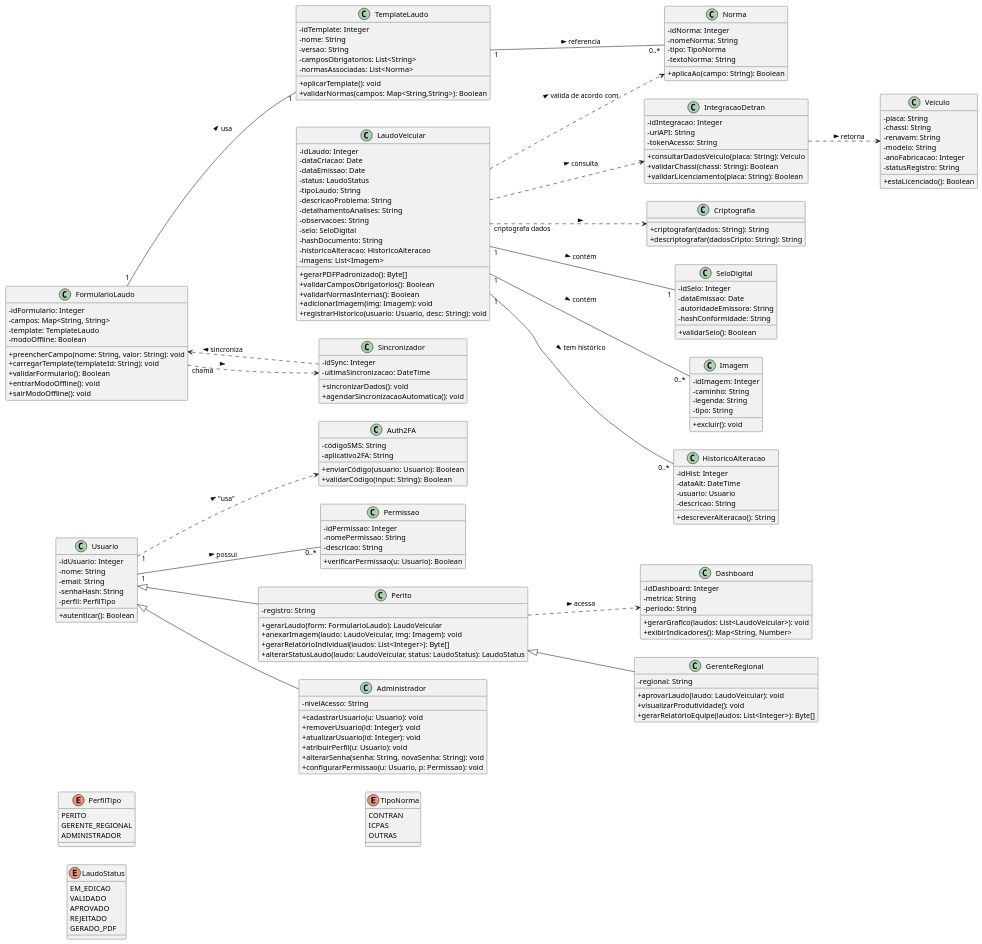
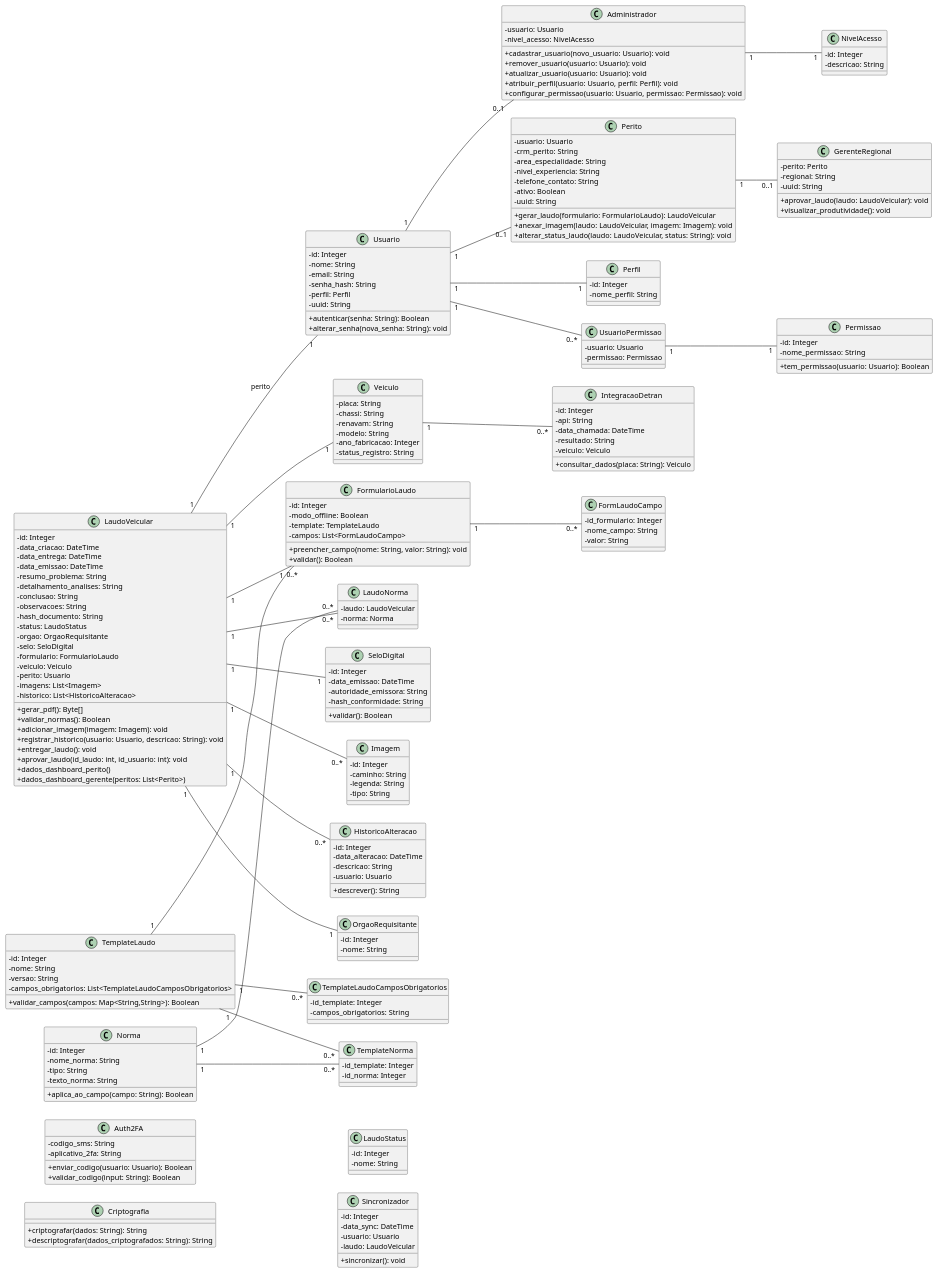
One commit to trem-balinha-da-vu/AutoLaudo changed the diagram in modelagens/diagrama-classe/AutoLaudo.puml. Above: the diagram before and after it, drawn with PlantUML. The commit also changed 98 other files, not shown here.

```diff
--- a/modelagens/diagrama-classe/AutoLaudo.puml
+++ b/modelagens/diagrama-classe/AutoLaudo.puml
@@ -1,254 +1,252 @@
-@startuml AutoLaudo
+@startuml AutoLaudoClasses
 skinparam classAttributeIconSize 0
 left to right direction
-
-' Definindo perfis e status como enums
-enum PerfilTipo {
-  PERITO
-  GERENTE_REGIONAL
-  ADMINISTRADOR
-}
-
-
-enum LaudoStatus {
-  EM_EDICAO
-  VALIDADO
-  APROVADO
-  REJEITADO
-  GERADO_PDF
-}
-
-enum TipoNorma {
-  CONTRAN
-  ICPAS
-  OUTRAS
-}
 
 '-------------------------------------------------------------------------------
 ' CLASSES DE SEGURANÇA E AUTENTICAÇÃO
 '-------------------------------------------------------------------------------
 class Auth2FA {
-  - códigoSMS: String
-  - aplicativo2FA: String
-  + enviarCódigo(usuario: Usuario): Boolean
-  + validarCódigo(input: String): Boolean
+  - codigo_sms: String
+  - aplicativo_2fa: String
+  + enviar_codigo(usuario: Usuario): Boolean
+  + validar_codigo(input: String): Boolean
 }
 
 class Criptografia {
   + criptografar(dados: String): String
-  + descriptografar(dadosCripto: String): String
+  + descriptografar(dados_criptografados: String): String
 }
 
-
 '-------------------------------------------------------------------------------
-' CLASSES DE USUÁRIO E PERMISSÕES
+' CLASSES DE USUÁRIO, PERFIL, PERMISSÃO E ACESSO
 '-------------------------------------------------------------------------------
 class Usuario {
-  - idUsuario: Integer
+  - id: Integer
   - nome: String
   - email: String
-  - senhaHash: String
-  - perfil: PerfilTipo
-  + autenticar(): Boolean
+  - senha_hash: String
+  - perfil: Perfil
+  - uuid: String
+  + autenticar(senha: String): Boolean
+  + alterar_senha(nova_senha: String): void
+}
+
+class Perfil {
+  - id: Integer
+  - nome_perfil: String
 }
 
 class Permissao {
-  - idPermissao: Integer
-  - nomePermissao: String
-  - descricao: String
-  + verificarPermissao(u: Usuario): Boolean
+  - id: Integer
+  - nome_permissao: String
+  + tem_permissao(usuario: Usuario): Boolean
 }
 
-Usuario "1" -- "0..*" Permissao : possui >
-Usuario "1" ..> Auth2FA : "usa" >
+class UsuarioPermissao {
+  - usuario: Usuario
+  - permissao: Permissao
+}
 
+class Administrador {
+  - usuario: Usuario
+  - nivel_acesso: NivelAcesso
+  + cadastrar_usuario(novo_usuario: Usuario): void
+  + remover_usuario(usuario: Usuario): void
+  + atualizar_usuario(usuario: Usuario): void
+  + atribuir_perfil(usuario: Usuario, perfil: Perfil): void
+  + configurar_permissao(usuario: Usuario, permissao: Permissao): void
+}
+
+class NivelAcesso {
+  - id: Integer
+  - descricao: String
+}
+
+class Perito {
+  - usuario: Usuario
+  - crm_perito: String
+  - area_especialidade: String
+  - nivel_experiencia: String
+  - telefone_contato: String
+  - ativo: Boolean
+  - uuid: String
+  + gerar_laudo(formulario: FormularioLaudo): LaudoVeicular
+  + anexar_imagem(laudo: LaudoVeicular, imagem: Imagem): void
+  + alterar_status_laudo(laudo: LaudoVeicular, status: String): void
+}
+
+class GerenteRegional {
+  - perito: Perito
+  - regional: String
+  - uuid: String
+  + aprovar_laudo(laudo: LaudoVeicular): void
+  + visualizar_produtividade(): void
+}
+
+Usuario "1" -- "1" Perfil
+Usuario "1" -- "0..*" UsuarioPermissao
+Usuario "1" -- "0..1" Perito
+Usuario "1" -- "0..1" Administrador
+Administrador "1" -- "1" NivelAcesso
+Perito "1" -- "0..1" GerenteRegional
+UsuarioPermissao "1" -- "1" Permissao
 
 '-------------------------------------------------------------------------------
-' CLASSES PARA NORMAS E SELO DE CONFORMIDADE
+' CLASSES DE VEÍCULO E INTEGRAÇÃO DETRAN
 '-------------------------------------------------------------------------------
-class Norma {
-  - idNorma: Integer
-  - nomeNorma: String
-  - tipo: TipoNorma
-  - textoNorma: String
-  + aplicaAo(campo: String): Boolean
-}
-
-class SeloDigital {
-  - idSelo: Integer
-  - dataEmissao: Date
-  - autoridadeEmissora: String
-  - hashConformidade: String
-  + validarSelo(): Boolean
-}
-
-
-'-------------------------------------------------------------------------------
-' CLASSES PARA FORMULÁRIOS E TEMPLATES DE LAUDO
-'-------------------------------------------------------------------------------
-class TemplateLaudo {
-  - idTemplate: Integer
-  - nome: String
-  - versao: String
-  - camposObrigatorios: List<String>
-  - normasAssociadas: List<Norma>
-  + aplicarTemplate(): void
-  + validarNormas(campos: Map<String,String>): Boolean
-}
-
-class FormularioLaudo {
-  - idFormulario: Integer
-  - campos: Map<String, String>
-  - template: TemplateLaudo
-  - modoOffline: Boolean
-  + preencherCampo(nome: String, valor: String): void
-  + carregarTemplate(templateId: String): void
-  + validarFormulario(): Boolean
-  + entrarModoOffline(): void
-  + sairModoOffline(): void
-}
-
-FormularioLaudo "1" -- "1" TemplateLaudo       : usa >
-TemplateLaudo "1" -- "0..*" Norma             : referencia >
- 
-
-'-------------------------------------------------------------------------------
-' CLASSES DO LAUDO VEICULAR
-'-------------------------------------------------------------------------------
-class LaudoVeicular {
-  - idLaudo: Integer
-  - dataCriacao: Date
-  - dataEmissao: Date
-  - status: LaudoStatus
-  - tipoLaudo: String
-  - descricaoProblema: String
-  - detalhamentoAnalises: String
-  - observacoes: String
-  - selo: SeloDigital
-  - hashDocumento: String
-  - historicoAlteracao: HistoricoAlteracao
-  - imagens: List<Imagem>
-  + gerarPDFPadronizado(): Byte[]
-  + validarCamposObrigatorios(): Boolean
-  + validarNormasInternas(): Boolean
-  + adicionarImagem(img: Imagem): void
-  + registrarHistorico(usuario: Usuario, desc: String): void
-}
-
-LaudoVeicular "1" -- "1" SeloDigital           : contém >
-LaudoVeicular "1" -- "0..*" Imagem             : contém >
-LaudoVeicular "1" -- "0..*" HistoricoAlteracao : tem histórico >
-LaudoVeicular ..> Norma                        : valida de acordo com >
-LaudoVeicular ..> Criptografia                 : "criptografa dados" >
-
-'-------------------------------------------------------------------------------
-' CLASSES PARA HISTÓRICO DE ALTERAÇÕES
-'-------------------------------------------------------------------------------
-class HistoricoAlteracao {
-  - idHist: Integer
-  - dataAlt: DateTime
-  - usuario: Usuario
-  - descricao: String
-  + descreverAlteracao(): String
-}
-
-
-'-------------------------------------------------------------------------------
-' CLASSES DE INTEGRAÇÃO COM FONTES OFICIAIS (Detran, Renavam, Polícia etc.)
-'-------------------------------------------------------------------------------
-class IntegracaoDetran {
-  - idIntegracao: Integer
-  - urlAPI: String
-  - tokenAcesso: String
-  + consultarDadosVeiculo(placa: String): Veiculo
-  + validarChassi(chassi: String): Boolean
-  + validarLicenciamento(placa: String): Boolean
-}
-
 class Veiculo {
   - placa: String
   - chassi: String
   - renavam: String
   - modelo: String
-  - anoFabricacao: Integer
-  - statusRegistro: String
-  + estaLicenciado(): Boolean
+  - ano_fabricacao: Integer
+  - status_registro: String
 }
 
-LaudoVeicular ..> IntegracaoDetran  : "consulta >"
-IntegracaoDetran ..> Veiculo        : retorna >
+class IntegracaoDetran {
+  - id: Integer
+  - api: String
+  - data_chamada: DateTime
+  - resultado: String
+  - veiculo: Veiculo
+  + consultar_dados(placa: String): Veiculo
+}
 
+Veiculo "1" -- "0..*" IntegracaoDetran
 
 '-------------------------------------------------------------------------------
-' CLASSE PARA GERAÇÃO DE RELATÓRIOS E DASHBOARD
+' CLASSES DE LAUDO, FORMULÁRIO, TEMPLATE, NORMA, ETC.
 '-------------------------------------------------------------------------------
-class Dashboard {
-  - idDashboard: Integer
-  - metrica: String
-  - periodo: String
-  + gerarGrafico(laudos: List<LaudoVeicular>): void
-  + exibirIndicadores(): Map<String, Number>
+class FormularioLaudo {
+  - id: Integer
+  - modo_offline: Boolean
+  - template: TemplateLaudo
+  - campos: List<FormLaudoCampo>
+  + preencher_campo(nome: String, valor: String): void
+  + validar(): Boolean
 }
 
-Perito ..> Dashboard : acessa >
+class TemplateLaudo {
+  - id: Integer
+  - nome: String
+  - versao: String
+  - campos_obrigatorios: List<TemplateLaudoCamposObrigatorios>
+  + validar_campos(campos: Map<String,String>): Boolean
+}
 
+class TemplateLaudoCamposObrigatorios {
+  - id_template: Integer
+  - campos_obrigatorios: String
+}
+
+class FormLaudoCampo {
+  - id_formulario: Integer
+  - nome_campo: String
+  - valor: String
+}
+
+class LaudoVeicular {
+  - id: Integer
+  - data_criacao: DateTime
+  - data_entrega: DateTime
+  - data_emissao: DateTime
+  - resumo_problema: String
+  - detalhamento_analises: String
+  - conclusao: String
+  - observacoes: String
+  - hash_documento: String
+  - status: LaudoStatus
+  - orgao: OrgaoRequisitante
+  - selo: SeloDigital
+  - formulario: FormularioLaudo
+  - veiculo: Veiculo
+  - perito: Usuario
+  - imagens: List<Imagem>
+  - historico: List<HistoricoAlteracao>
+  + gerar_pdf(): Byte[]
+  + validar_normas(): Boolean
+  + adicionar_imagem(imagem: Imagem): void
+  + registrar_historico(usuario: Usuario, descricao: String): void
+  + entregar_laudo(): void
+  + aprovar_laudo(id_laudo: int, id_usuario: int): void
+  + dados_dashboard_perito()
+  + dados_dashboard_gerente(peritos: List<Perito>)
+}
+
+class LaudoNorma {
+  - laudo: LaudoVeicular
+  - norma: Norma
+}
+
+class Norma {
+  - id: Integer
+  - nome_norma: String
+  - tipo: String
+  - texto_norma: String
+  + aplica_ao_campo(campo: String): Boolean
+}
+
+class TemplateNorma {
+  - id_template: Integer
+  - id_norma: Integer
+}
+
+LaudoVeicular "1" -- "1" Veiculo
+LaudoVeicular "1" -- "1" FormularioLaudo
+LaudoVeicular "1" -- "1" SeloDigital
+LaudoVeicular "1" -- "0..*" Imagem
+LaudoVeicular "1" -- "0..*" HistoricoAlteracao
+LaudoVeicular "1" -- "1" OrgaoRequisitante
+LaudoVeicular "1" -- "1" Usuario : perito
+LaudoVeicular "1" -- "0..*" LaudoNorma
+Norma "1" -- "0..*" LaudoNorma
+TemplateLaudo "1" -- "0..*" TemplateNorma
+Norma "1" -- "0..*" TemplateNorma
+TemplateLaudo "1" -- "0..*" TemplateLaudoCamposObrigatorios
+TemplateLaudo "1" -- "0..*" FormularioLaudo
+FormularioLaudo "1" -- "0..*" FormLaudoCampo
 
 '-------------------------------------------------------------------------------
-' CLASSE DE IMAGENS
+' OUTRAS CLASSES DO DOMÍNIO
 '-------------------------------------------------------------------------------
+class LaudoStatus {
+  - id: Integer
+  - nome: String
+}
+
+class OrgaoRequisitante {
+  - id: Integer
+  - nome: String
+}
+
+class SeloDigital {
+  - id: Integer
+  - data_emissao: DateTime
+  - autoridade_emissora: String
+  - hash_conformidade: String
+  + validar(): Boolean
+}
+
 class Imagem {
-  - idImagem: Integer
+  - id: Integer
   - caminho: String
   - legenda: String
   - tipo: String
-  + excluir(): void
 }
 
-
-'-------------------------------------------------------------------------------
-' CLASSES DE USUÁRIOS ESPECIALIZADOS (Herança)
-'-------------------------------------------------------------------------------
-class Perito {
-  - registro: String
-  + gerarLaudo(form: FormularioLaudo): LaudoVeicular
-  + anexarImagem(laudo: LaudoVeicular, img: Imagem): void
-  + gerarRelatórioIndividual(laudos: List<Integer>): Byte[]
-  + alterarStatusLaudo(laudo: LaudoVeicular, status: LaudoStatus): LaudoStatus
+class HistoricoAlteracao {
+  - id: Integer
+  - data_alteracao: DateTime
+  - descricao: String
+  - usuario: Usuario
+  + descrever(): String
 }
 
-class GerenteRegional {
-  - regional: String
-  + aprovarLaudo(laudo: LaudoVeicular): void
-  + visualizarProdutividade(): void
-  + gerarRelatórioEquipe(laudos: List<Integer>): Byte[]
+class Sincronizador {
+  - id: Integer
+  - data_sync: DateTime
+  - usuario: Usuario
+  - laudo: LaudoVeicular
+  + sincronizar(): void
 }
-
-class Administrador {
-  - nivelAcesso: String
-  + cadastrarUsuario(u: Usuario): void
-  + removerUsuario(id: Integer): void
-  + atualizarUsuario(id: Integer): void
-  + atribuirPerfil(u: Usuario): void
-  + alterarSenha(senha: String, novaSenha: String): void
-  + configurarPermissao(u: Usuario, p: Permissao): void
-}
-
-Usuario <|-- Perito
-Perito <|-- GerenteRegional
-Usuario <|-- Administrador
-
-'-------------------------------------------------------------------------------
-' CLASSE RESPONSÁVEL POR SINCRONIZAÇÃO (Offline / Online)
-'-------------------------------------------------------------------------------
-class Sincronizador {
-  - idSync: Integer
-  - ultimaSincronizacao: DateTime
-  + sincronizarDados(): void
-  + agendarSincronizacaoAutomatica(): void
-}
-
-Sincronizador ..> FormularioLaudo : sincroniza >
-FormularioLaudo ..> Sincronizador : "chama" >
-
-
 @enduml
```
